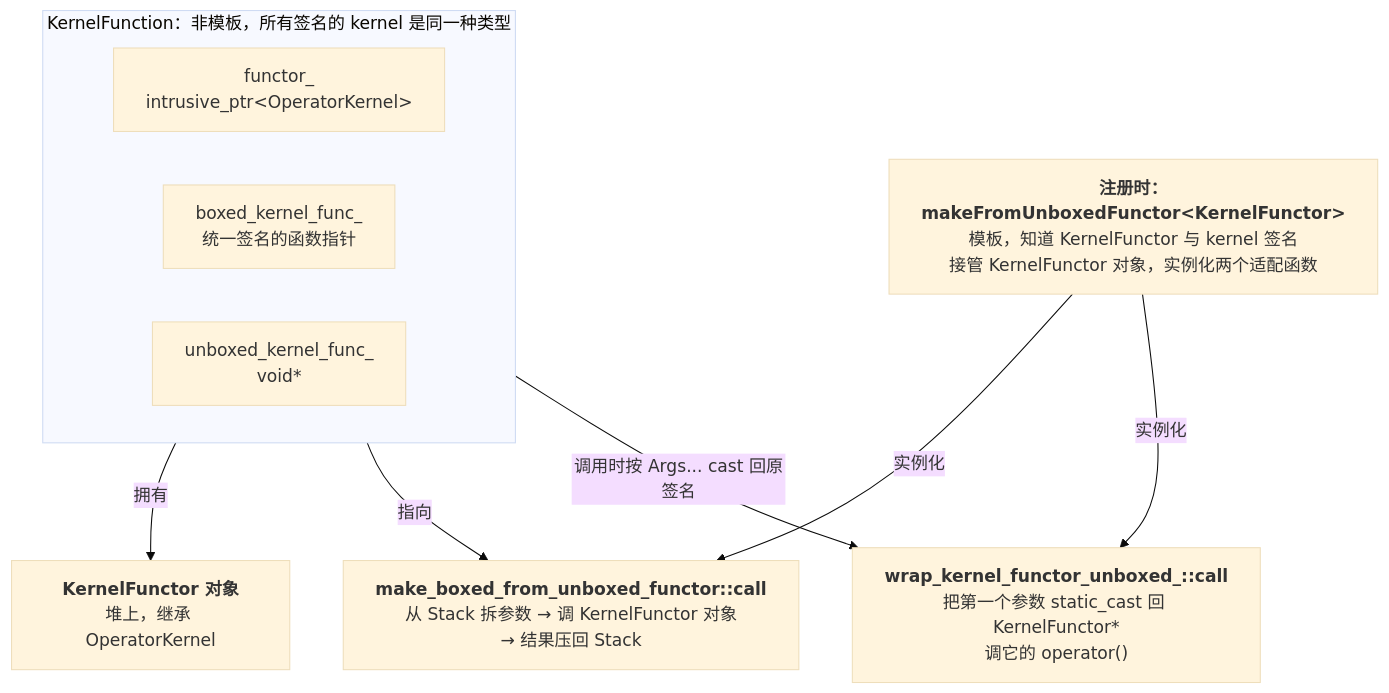
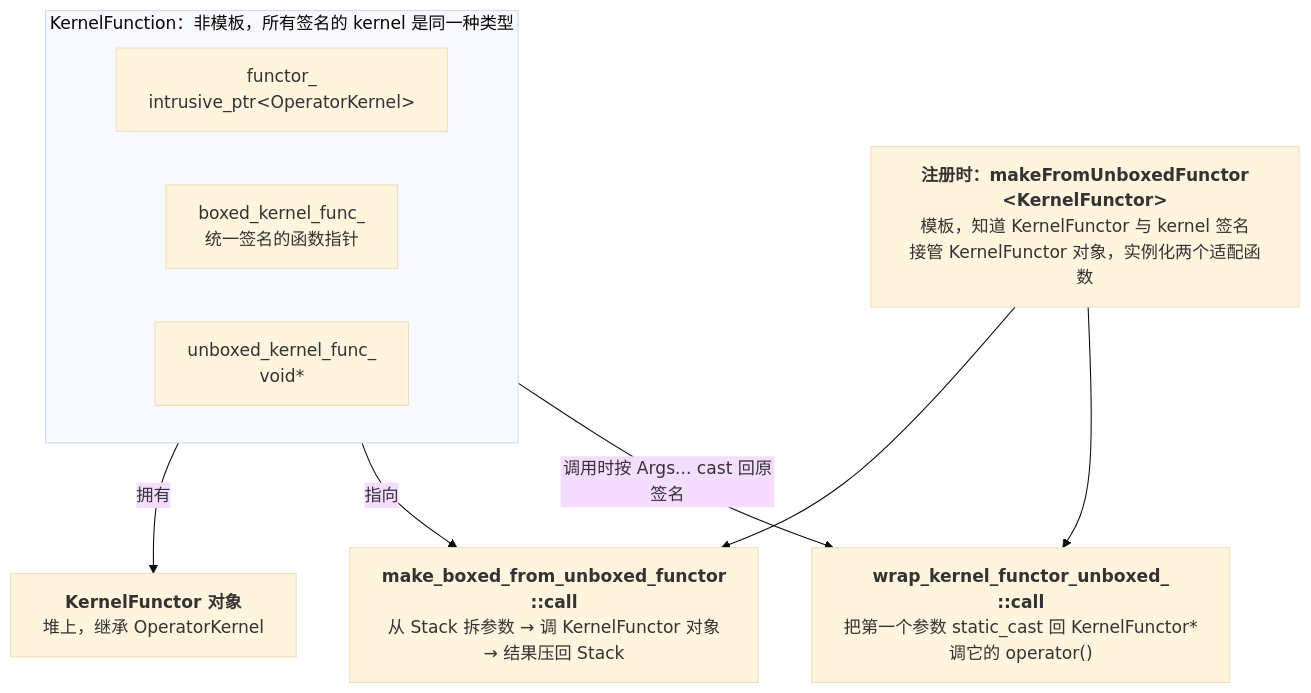
Before and after one commit to arganzheng/arganzheng.github.com: the second of 3 diagrams in _posts/2026-02-08-cpp-polymorphism-and-type-erasure.md, drawn with Mermaid (base theme). The commit also changed 4 other files, not shown here.

First line of the commit message:
收尾：MTP 规模依赖按 Gloeckle 等原文改写；静态初始化顺序表写实测结果；类型擦除图的长函数名不再被截断；手搓 GPT（上）结尾与下篇对齐

````diff
--- a/_posts/2026-02-08-cpp-polymorphism-and-type-erasure.md
+++ b/_posts/2026-02-08-cpp-polymorphism-and-type-erasure.md
@@ -938,19 +938,20 @@
 ```mermaid
+%%{init: {"flowchart": {"wrappingWidth": 340}}}%%
 %% 图：KernelFunction 的类型擦除：注册时模板实例化两个适配函数并存下地址，调用时只剩三个字段
 flowchart TB
     subgraph KF["KernelFunction：非模板，所有签名的 kernel 是同一种类型"]
         direction LR
         F1["functor_<br/>intrusive_ptr&lt;OperatorKernel&gt;"]
         F2["boxed_kernel_func_<br/>统一签名的函数指针"]
         F3["unboxed_kernel_func_<br/>void*"]
     end
-    R["<b>注册时：makeFromUnboxedFunctor&lt;KernelFunctor&gt;</b><br/>模板，知道 KernelFunctor 与 kernel 签名<br/>接管 KernelFunctor 对象，实例化两个适配函数"]
+    R["<b>注册时：makeFromUnboxedFunctor<br/>&lt;KernelFunctor&gt;</b><br/>模板，知道 KernelFunctor 与 kernel 签名<br/>接管 KernelFunctor 对象，实例化两个适配函数"]
     OBJ["<b>KernelFunctor 对象</b><br/>堆上，继承 OperatorKernel"]
-    W2["<b>make_boxed_from_unboxed_functor::call</b><br/>从 Stack 拆参数 → 调 KernelFunctor 对象<br/>→ 结果压回 Stack"]
-    W1["<b>wrap_kernel_functor_unboxed_::call</b><br/>把第一个参数 static_cast 回 KernelFunctor*<br/>调它的 operator()"]
+    W2["<b>make_boxed_from_unboxed_functor<br/>::call</b><br/>从 Stack 拆参数 → 调 KernelFunctor 对象<br/>→ 结果压回 Stack"]
+    W1["<b>wrap_kernel_functor_unboxed_<br/>::call</b><br/>把第一个参数 static_cast 回 KernelFunctor*<br/>调它的 operator()"]
     F1 -->|"拥有"| OBJ
     F2 -->|"指向"| W2
     F3 -->|"调用时按 Args... cast 回原签名"| W1
-    R -->|"实例化"| W2
-    R -->|"实例化"| W1
+    R --> W2
+    R --> W1
 ```
````
